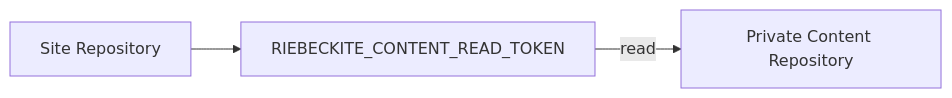
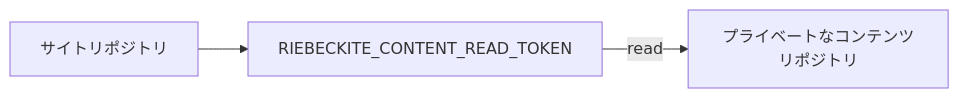
The ninth of 11 diagrams in docs/docs/guides/deployment/github-actions.ja.md (Rerurate514/riebeckite), drawn with Mermaid before and after one commit. The commit also changed other lines of this file and 310 other files, not shown here.

````diff
--- a/docs/docs/guides/deployment/github-actions.ja.md
+++ b/docs/docs/guides/deployment/github-actions.ja.md
@@ -604,9 +539,9 @@
 ```mermaid id="bhq18h"
 flowchart LR
-    Site["Site Repository"]
+    Site["サイトリポジトリ"]
     Token["RIEBECKITE_CONTENT_READ_TOKEN"]
-    Content["Private Content Repository"]
+    Content["プライベートなコンテンツリポジトリ"]
 
     Site --> Token
     Token -->|"read"| Content
 ```
````
